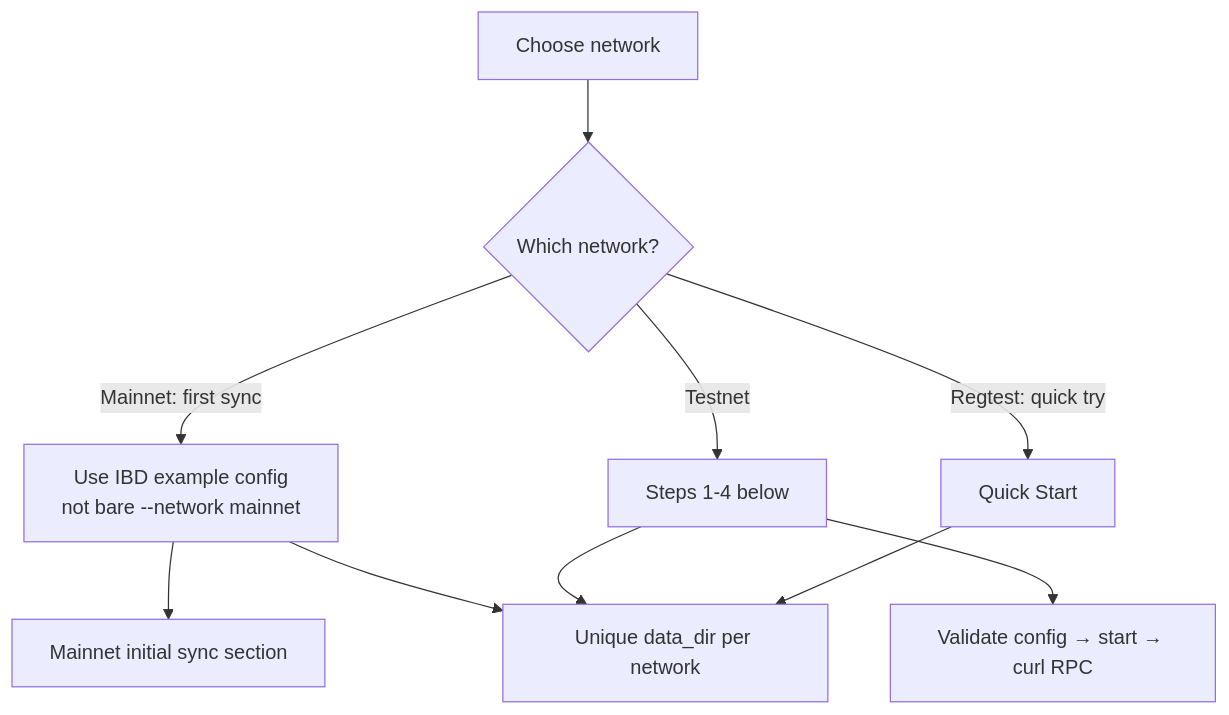
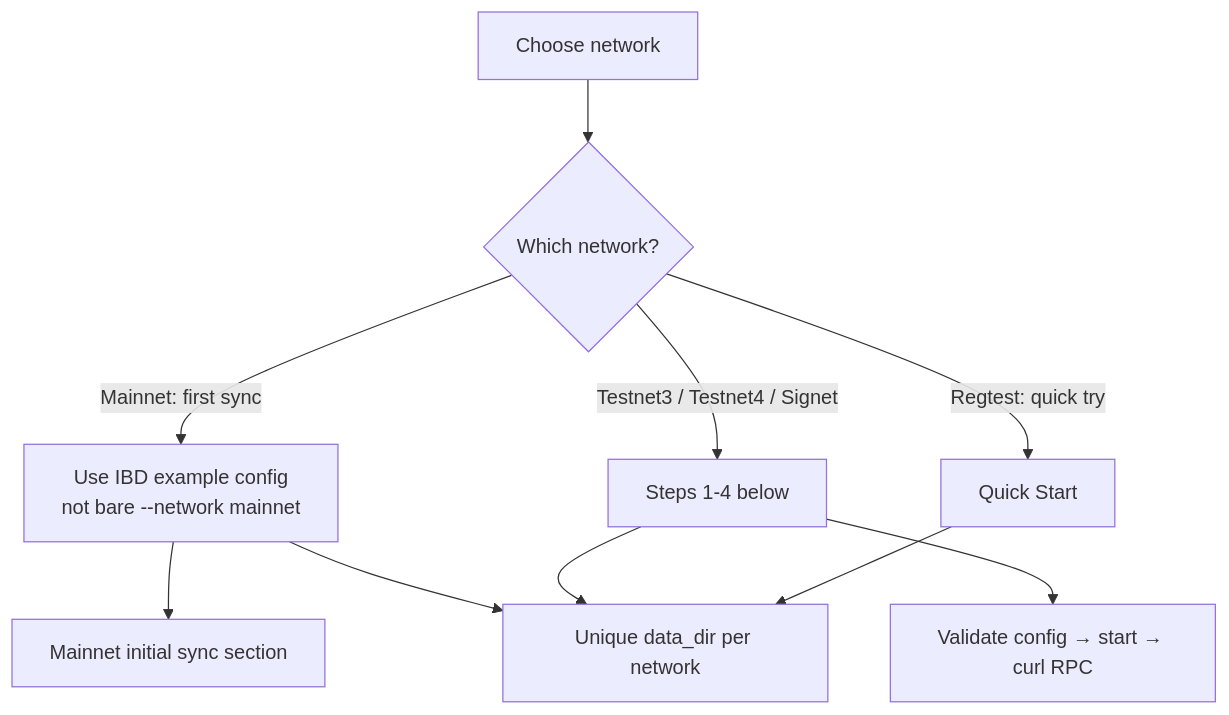
Before and after one commit to BTCDecoded/blvm-docs: the diagram in src/getting-started/first-node.md, drawn with Mermaid. The commit also changed other lines of this file and 9 other files, not shown here.

First line of the commit message:
docs: document signet and testnet4 alongside mainnet, testnet3, regtest

````diff
--- a/src/getting-started/first-node.md
+++ b/src/getting-started/first-node.md
@@ -19,12 +23,12 @@
 ```mermaid
 flowchart TD
  N[Choose network] --> M{Which network?}
  M -->|Mainnet: first sync| IBD[Use IBD example config<br/>not bare --network mainnet]
- M -->|Testnet| STEPS[Steps 1-4 below]
+ M -->|Testnet3 / Testnet4 / Signet| STEPS[Steps 1-4 below]
  M -->|Regtest: quick try| QS[Quick Start]
  IBD --> SYNC[Mainnet initial sync section]
  STEPS --> RPC[Validate config → start → curl RPC]
  IBD --> DIR[Unique data_dir per network]
  STEPS --> DIR
  QS --> DIR
 ```
````
